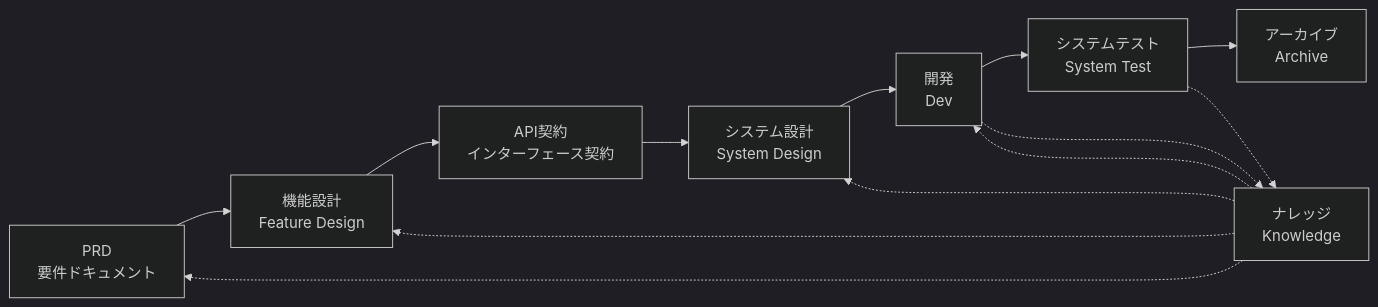
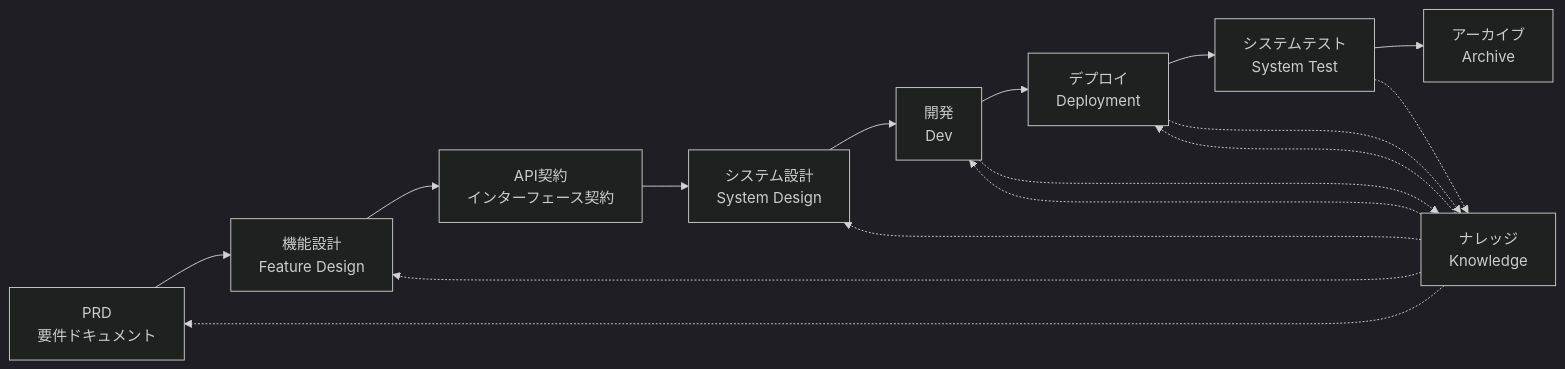
The diagram in README.ja.md (charlesmu99/speccrew), drawn with Mermaid (dark theme) before and after one commit. The commit also changed other lines of this file and 35 other files, not shown here.

````diff
--- a/README.ja.md
+++ b/README.ja.md
@@ -166,17 +166,20 @@
 ```mermaid
 graph LR
     A[PRD<br/>要件ドキュメント] --> B[機能設計<br/>Feature Design]
     B --> C[API契約<br/>インターフェース契約]
     C --> D[システム設計<br/>System Design]
     D --> E[開発<br/>Dev]
-    E --> F[システムテスト<br/>System Test]
-    F --> G[アーカイブ<br/>Archive]
+    E --> F[デプロイ<br/>Deployment]
+    F --> G[システムテスト<br/>System Test]
+    G --> H[アーカイブ<br/>Archive]
     
-    H[ナレッジ<br/>Knowledge] -.-> A
-    H -.-> B
-    H -.-> D
-    H -.-> E
+    I[ナレッジ<br/>Knowledge] -.-> A
+    I -.-> B
+    I -.-> D
+    I -.-> E
+    I -.-> F
     
-    E -.-> H
-    F -.-> H
+    E -.-> I
+    F -.-> I
+    G -.-> I
 ```
````
